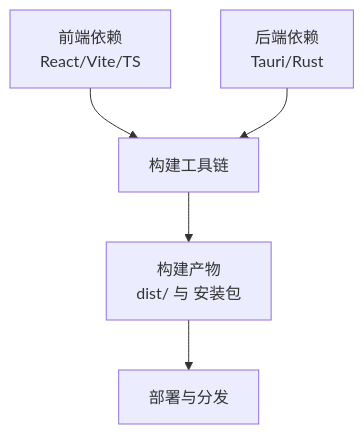
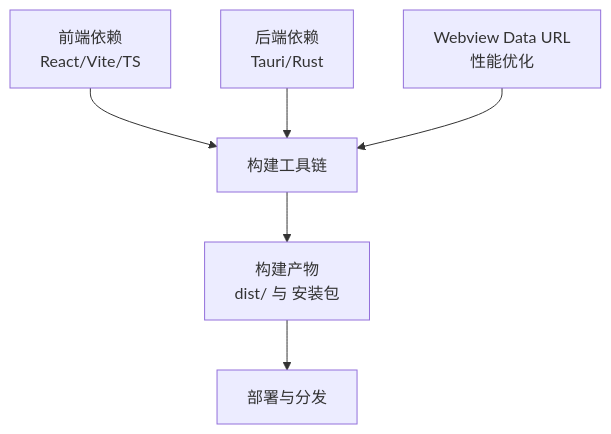
Before and after one commit to gongshiyun/ZenNote: the sixth of 6 diagrams in .qoder/repowiki/zh/content/构建与部署.md, drawn with Mermaid. The commit also changed other lines of this file and 21 other files, not shown here.

````diff
--- a/.qoder/repowiki/zh/content/构建与部署.md
+++ b/.qoder/repowiki/zh/content/构建与部署.md
@@ -280,7 +326,8 @@
 ```mermaid
 graph TB
 FE["前端依赖<br/>React/Vite/TS"] --> Build["构建工具链"]
 BE["后端依赖<br/>Tauri/Rust"] --> Build
 Build --> Artifacts["构建产物<br/>dist/ 与 安装包"]
 Artifacts --> Deploy["部署与分发"]
+WebView["Webview Data URL<br/>性能优化"] --> Build
 ```
````
